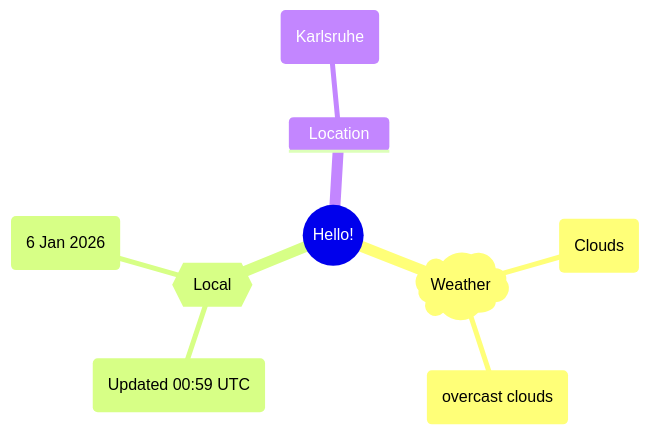
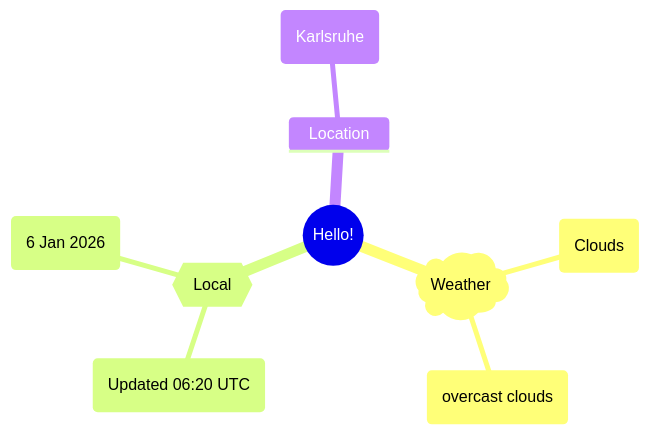
Before and after one commit to Xosrov/Xosrov: the first of 2 diagrams in README.md, drawn with Mermaid.

Commit message:
[bot] updated images

````diff
--- a/README.md
+++ b/README.md
@@ -3,12 +3,12 @@
 ```mermaid
 mindmap
   root((Hello!))
     )Weather(
         (Clouds)
         (overcast clouds)
     {{Local}}
-        (Updated 00:59 UTC)
+        (Updated 06:20 UTC)
         (6 Jan 2026)
     Location
         (Karlsruhe)
 ```
````
